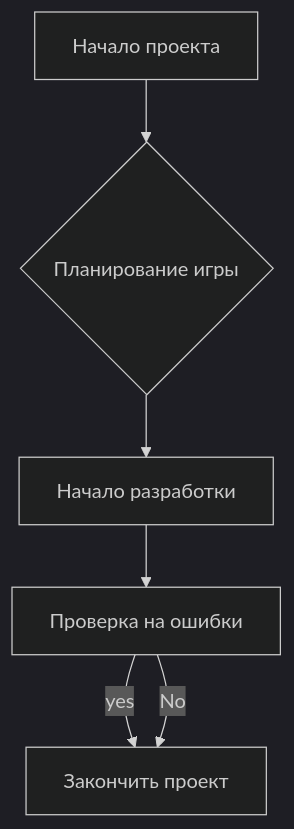
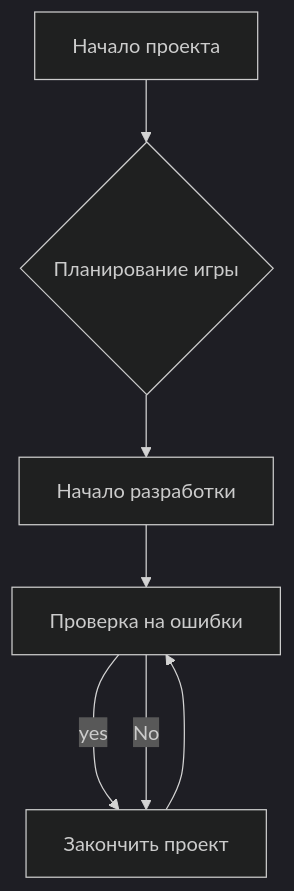
One commit to ChinaNya/projectcombinate changed the diagram in README.md. Above: the diagram before and after it, drawn with Mermaid (dark theme).

````diff
--- a/README.md
+++ b/README.md
@@ -11,8 +11,8 @@
 ```mermaid
 flowchart TD
  A[Начало проекта] --> B{Планирование игры};
  B --> C[Начало разработки];
  C --> D[Проверка на ошибки];
- D -- yes --> E[Исправить];
+ D -- yes --> E[Исправить] --->D;
  D -- No --> E[Закончить проект];
 ```
````
